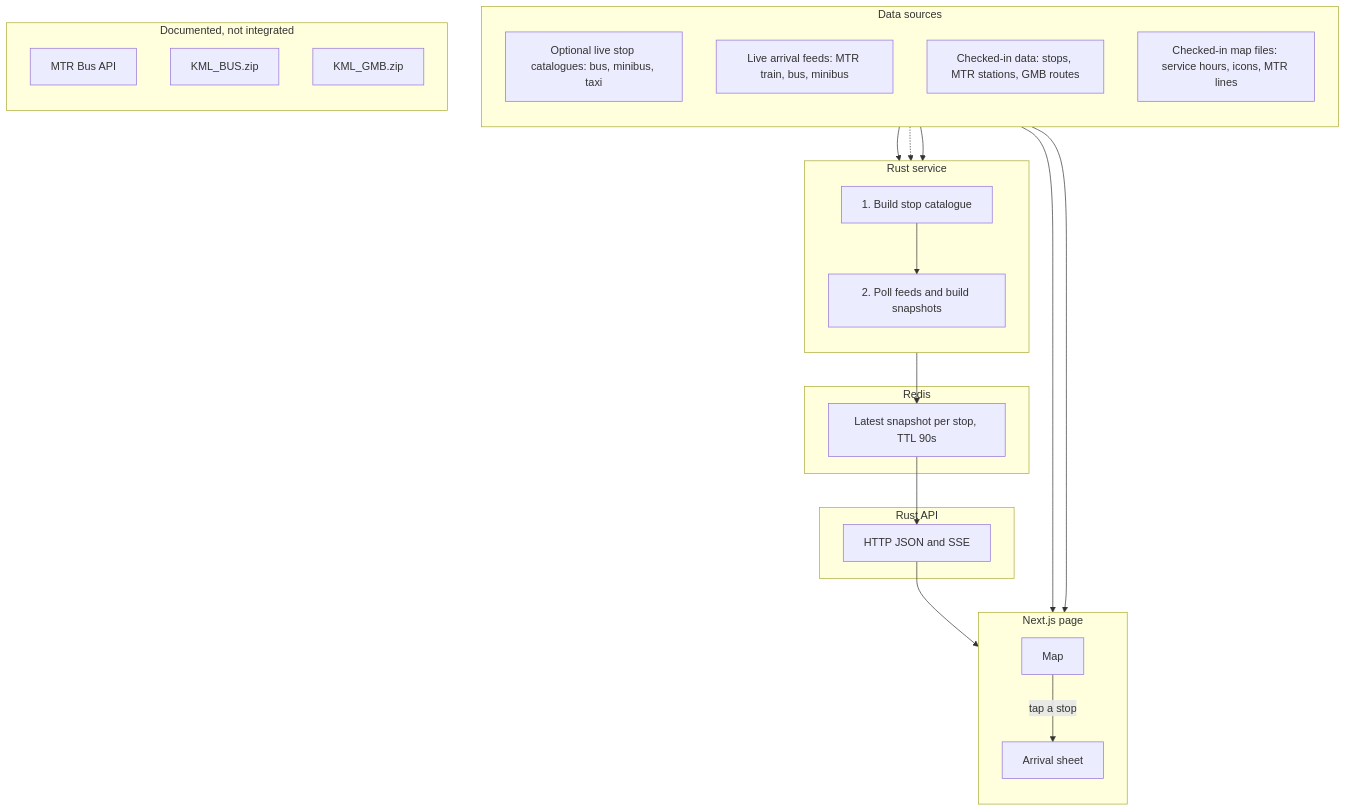
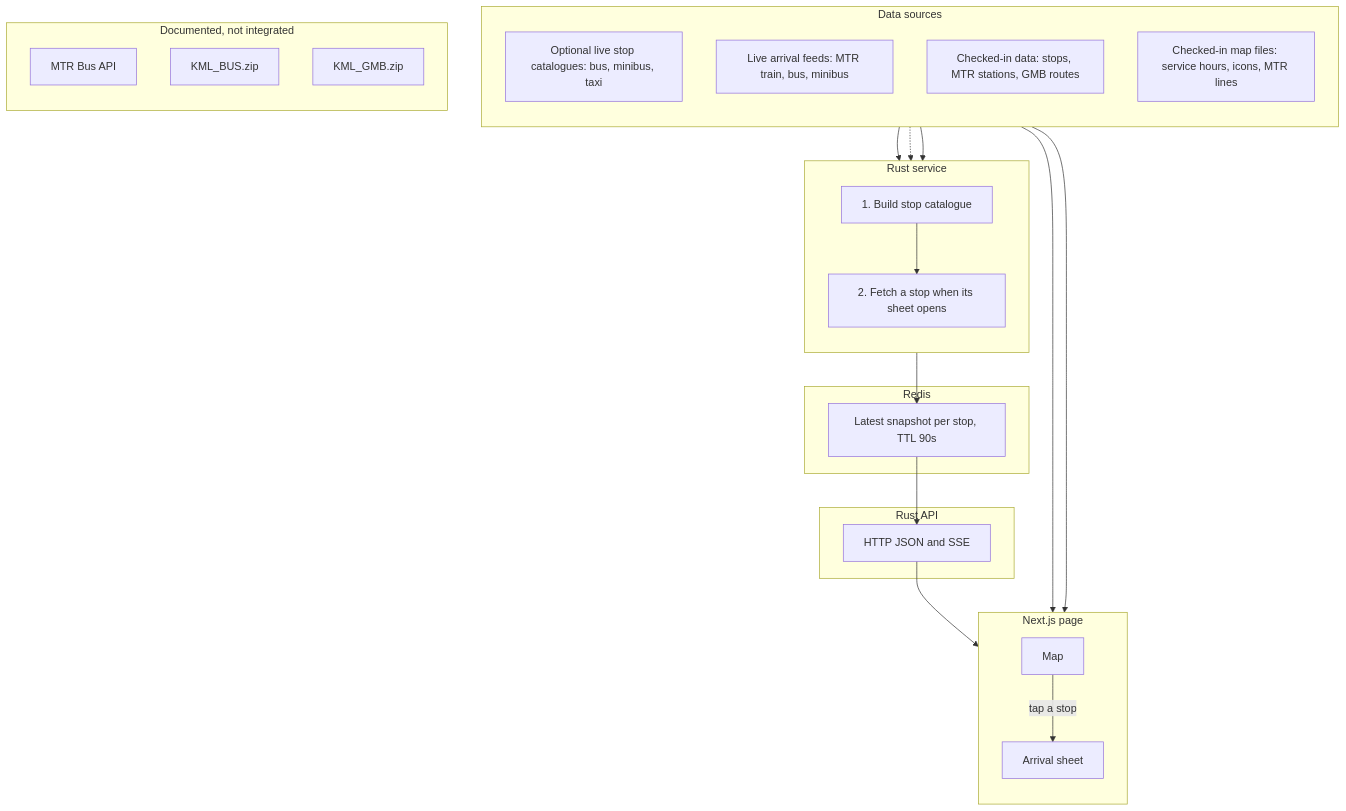
The first of 2 diagrams in DATA.md (iravan/realtime-hk-traffic), drawn with Mermaid before and after one commit. The commit also changed other lines of this file and 7 other files, not shown here.

First line of the commit message:
feat(server): fetch live arrivals only when a stop is opened

````diff
--- a/DATA.md
+++ b/DATA.md
@@ -651,48 +670,48 @@
 ```mermaid
 flowchart TB
   subgraph Inputs["Data sources"]
     direction TB
     LiveStops["Optional live stop catalogues: bus, minibus, taxi"]
     LiveArrivals["Live arrival feeds: MTR train, bus, minibus"]
     Repo["Checked-in data: stops, MTR stations, GMB routes"]
     MapFiles["Checked-in map files: service hours, icons, MTR lines"]
   end
 
   subgraph Server["Rust service"]
     direction TB
     Catalog["1. Build stop catalogue"]
-    Poll["2. Poll feeds and build snapshots"]
+    Fetch["2. Fetch a stop when its sheet opens"]
   end
 
   subgraph Storage["Redis"]
     Cache["Latest snapshot per stop, TTL 90s"]
   end
 
   subgraph Api["Rust API"]
     Endpoints["HTTP JSON and SSE"]
   end
 
   subgraph Browser["Next.js page"]
     direction TB
     Map["Map"]
     Sheet["Arrival sheet"]
   end
 
   subgraph Later["Documented, not integrated"]
     direction TB
     MtrBus["MTR Bus API"]
     KmlBus["KML_BUS.zip"]
     KmlGmb["KML_GMB.zip"]
   end
 
   Repo --> Catalog
   LiveStops -.-> Catalog
-  Catalog --> Poll
-  LiveArrivals --> Poll
-  Poll --> Cache
+  Catalog --> Fetch
+  LiveArrivals --> Fetch
+  Fetch --> Cache
   Cache --> Endpoints
   Endpoints --> Sheet
   Repo --> Map
   MapFiles --> Map
   Map -->|"tap a stop"| Sheet
 ```
````
